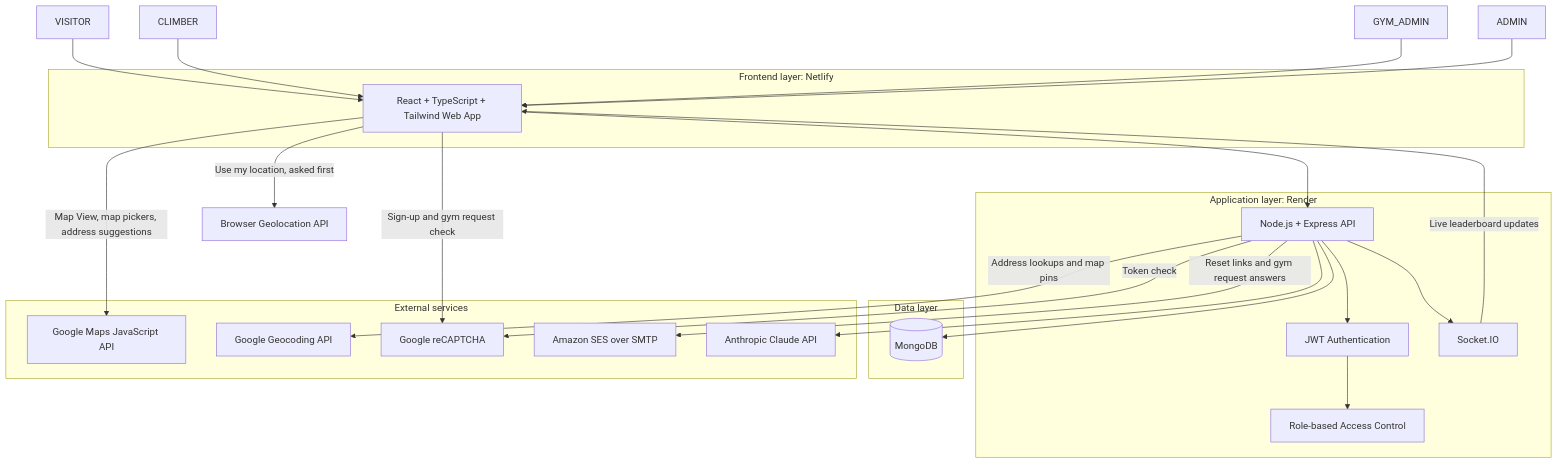
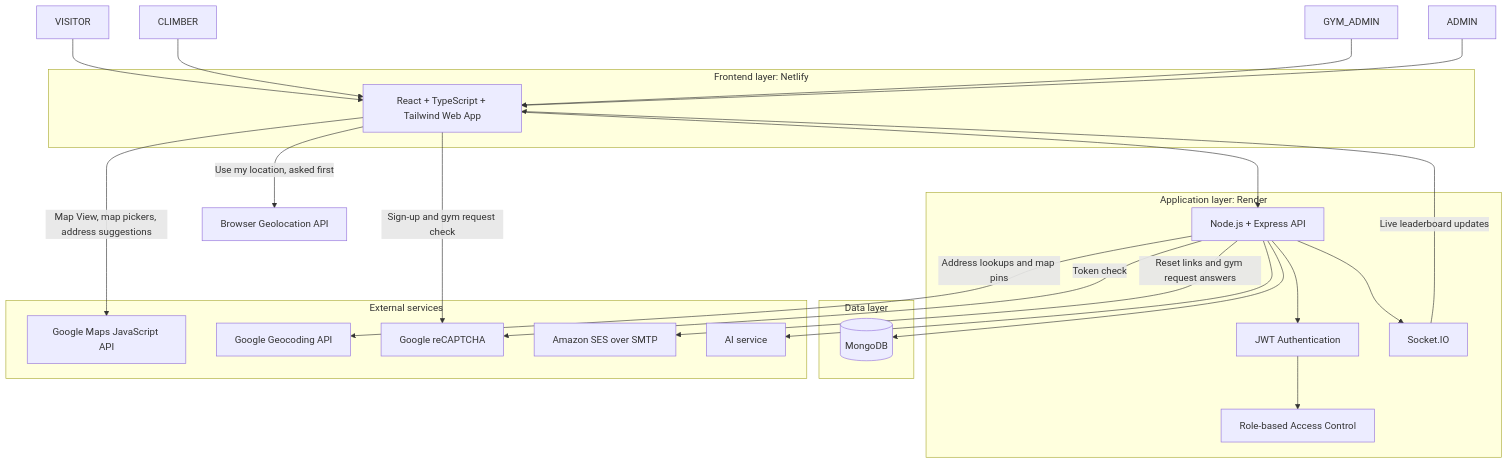
One commit to COMP313-T3/Software-Project-2 changed the diagram in specs/specs.md. Above: the diagram before and after it, drawn with Mermaid.

Commit message:
docs(specs): call the AI Route Assistant's service an AI service in the architecture diagram
The architecture diagram names the AI Route Assistant's service the way the notes under it do.

````diff
--- a/specs/specs.md
+++ b/specs/specs.md
@@ -395,39 +395,39 @@
 ```mermaid
 flowchart TB
     V[VISITOR] --> UI
     C[CLIMBER] --> UI
     GA[GYM_ADMIN] --> UI
     A[ADMIN] --> UI
     subgraph FRONTEND[Frontend layer: Netlify]
         UI[React + TypeScript + Tailwind Web App]
     end
     subgraph APPLICATION[Application layer: Render]
         API[Node.js + Express API]
         AUTH[JWT Authentication]
         RBAC[Role-based Access Control]
         SOCKET[Socket.IO]
     end
     subgraph DATA[Data layer]
         DB[(MongoDB)]
     end
     subgraph EXTERNAL[External services]
         MAPS[Google Maps JavaScript API]
         GEO[Google Geocoding API]
         CAPTCHA[Google reCAPTCHA]
         MAIL[Amazon SES over SMTP]
-        AI[Anthropic Claude API]
+        AI[AI service]
     end
     UI --> API
     UI -->|Map View, map pickers, address suggestions| MAPS
     UI -->|Use my location, asked first| LOC[Browser Geolocation API]
     UI -->|Sign-up and gym request check| CAPTCHA
     API --> AUTH
     AUTH --> RBAC
     API --> SOCKET
     SOCKET -->|Live leaderboard updates| UI
     API --> DB
     API -->|Address lookups and map pins| GEO
     API -->|Token check| CAPTCHA
     API -->|Reset links and gym request answers| MAIL
     API --> AI
 ```
````
